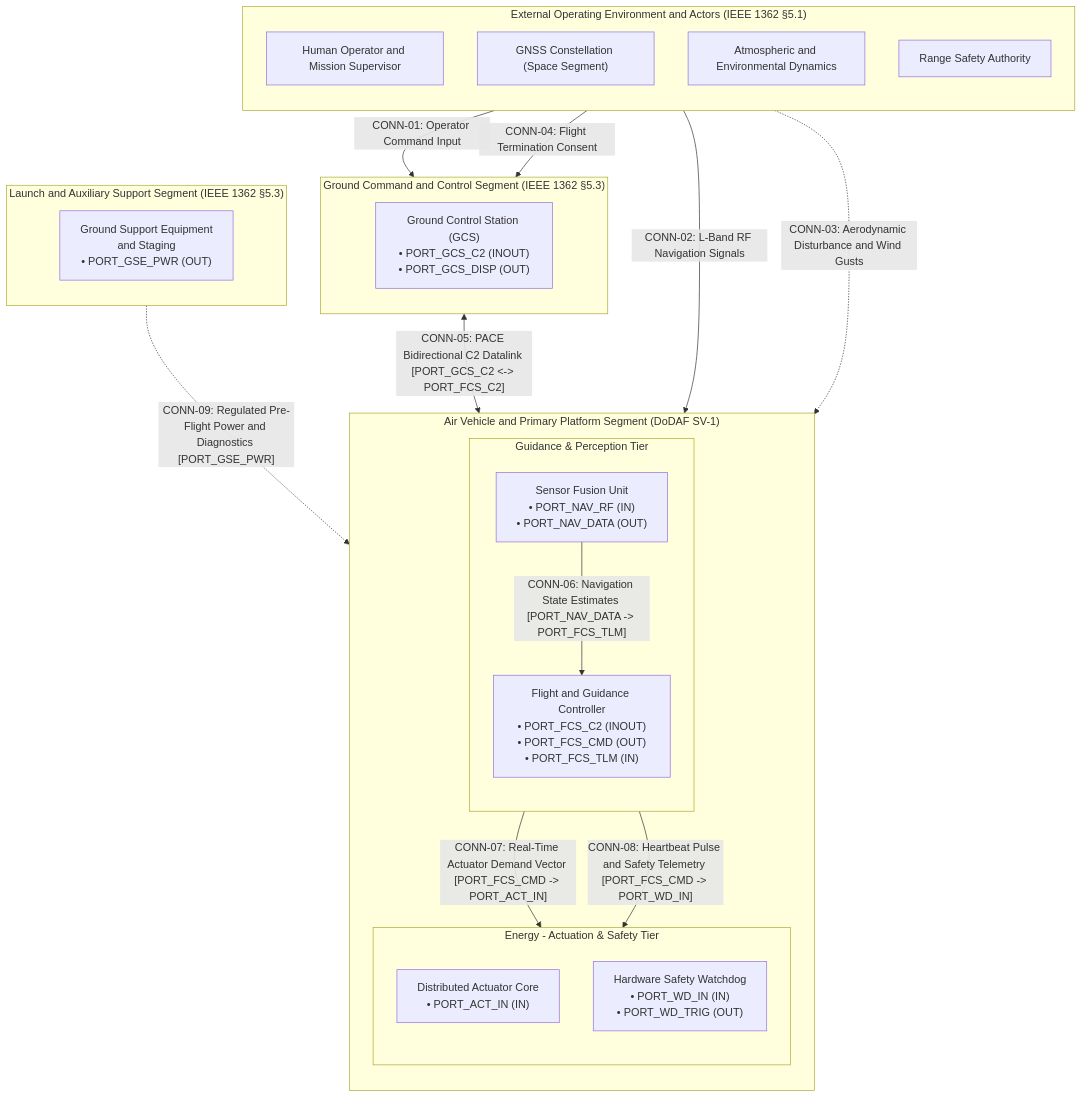
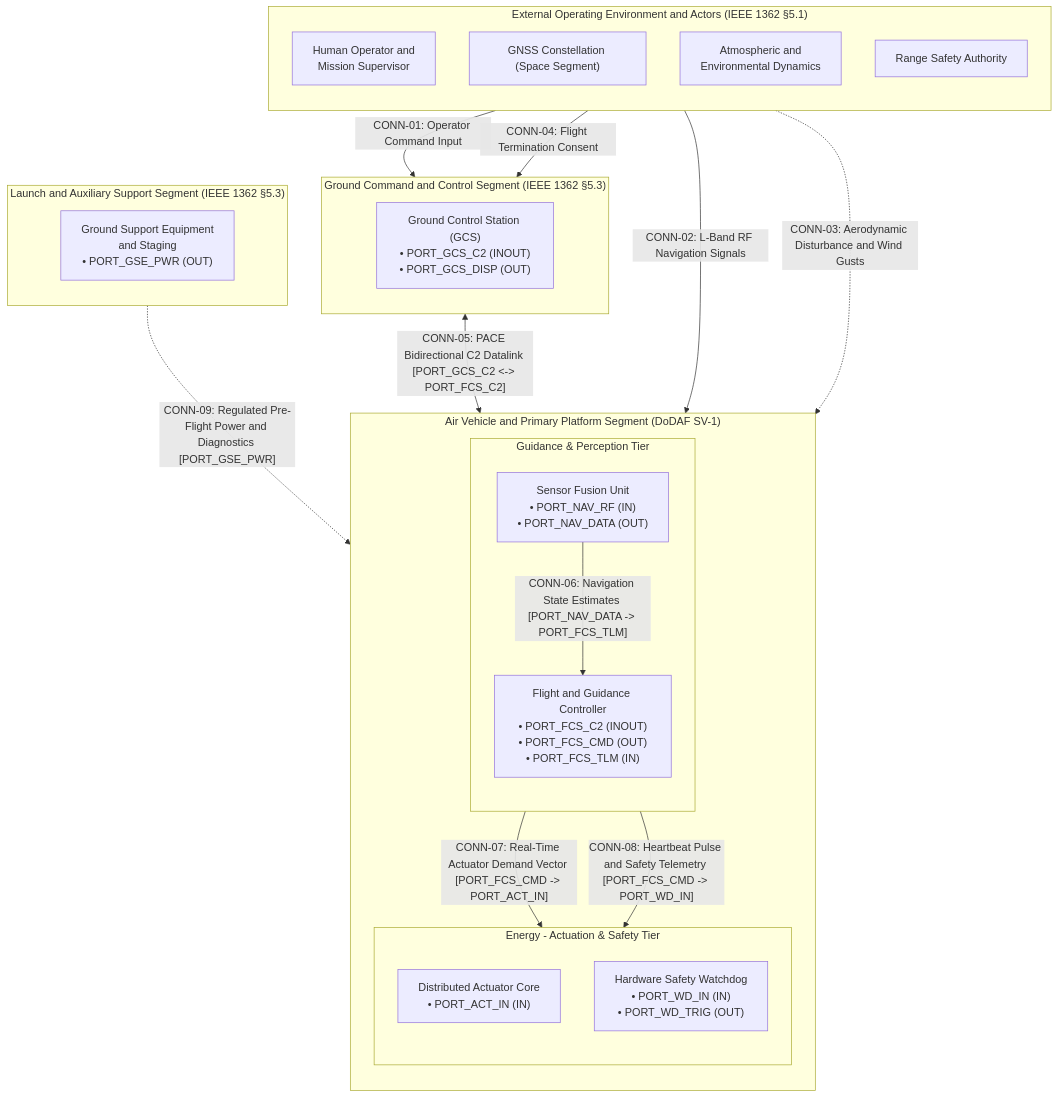
One commit to gintatkinson/DEAP01-spec-core changed the first of 2 diagrams in skills/spec-conops-engineering/SKILL.md. Above: the diagram before and after it, drawn with Mermaid. The commit also changed 13 other files, not shown here.

````diff
--- a/skills/spec-conops-engineering/SKILL.md
+++ b/skills/spec-conops-engineering/SKILL.md
@@ -268,48 +268,48 @@
 ```mermaid
 flowchart TD
     subgraph External_Actors["External Operating Environment and Actors (IEEE 1362 §5.1)"]
         direction TB
-        Operator["Human Operator and Mission Supervisor"]
+        Operator["Human Operator and<br/>Mission Supervisor"]
         GNSS_Space["GNSS Constellation (Space Segment)"]
-        Environment["Atmospheric and Environmental Dynamics"]
+        Environment["Atmospheric and<br/>Environmental Dynamics"]
         RangeSafety["Range Safety Authority"]
     end
 
     subgraph Ground_Segment["Ground Command and Control Segment (IEEE 1362 §5.3)"]
         direction TB
         GCS["Ground Control Station (GCS)<br/>• PORT_GCS_C2 (INOUT)<br/>• PORT_GCS_DISP (OUT)"]
     end
 
     subgraph Platform_Segment["Air Vehicle and Primary Platform Segment (DoDAF SV-1)"]
         direction TB
         subgraph Tier1_Processing["Guidance & Perception Tier"]
             direction TB
             FCS["Flight and Guidance Controller<br/>• PORT_FCS_C2 (INOUT)<br/>• PORT_FCS_CMD (OUT)<br/>• PORT_FCS_TLM (IN)"]
             NavSensors["Sensor Fusion Unit<br/>• PORT_NAV_RF (IN)<br/>• PORT_NAV_DATA (OUT)"]
         end
 
         subgraph Tier2_Actuation["Energy - Actuation & Safety Tier"]
             direction TB
             Actuators["Distributed Actuator Core<br/>• PORT_ACT_IN (IN)"]
             Watchdog["Hardware Safety Watchdog<br/>• PORT_WD_IN (IN)<br/>• PORT_WD_TRIG (OUT)"]
         end
     end
 
     subgraph Support_Segment["Launch and Auxiliary Support Segment (IEEE 1362 §5.3)"]
         direction TB
         GSE["Ground Support Equipment<br/>and Staging<br/>• PORT_GSE_PWR (OUT)"]
     end
 
     %% External Interface Connections
     Operator -->|"CONN-01: Operator Command Input"| GCS
     GNSS_Space -->|"CONN-02: L-Band RF Navigation Signals"| NavSensors
     Environment -.->|"CONN-03: Aerodynamic Disturbance and Wind Gusts"| Actuators
     RangeSafety -->|"CONN-04: Flight Termination Consent"| GCS
 
     %% Segment Inter-Connects (Item Flows)
     GCS <-->|"CONN-05: PACE Bidirectional C2 Datalink [PORT_GCS_C2 <-> PORT_FCS_C2]"| FCS
     NavSensors -->|"CONN-06: Navigation State Estimates [PORT_NAV_DATA -> PORT_FCS_TLM]"| FCS
     FCS -->|"CONN-07: Real-Time Actuator Demand Vector [PORT_FCS_CMD -> PORT_ACT_IN]"| Actuators
     FCS -->|"CONN-08: Heartbeat Pulse and Safety Telemetry [PORT_FCS_CMD -> PORT_WD_IN]"| Watchdog
     GSE -.->|"CONN-09: Regulated Pre-Flight Power and Diagnostics [PORT_GSE_PWR]"| Platform_Segment
 ```
````
